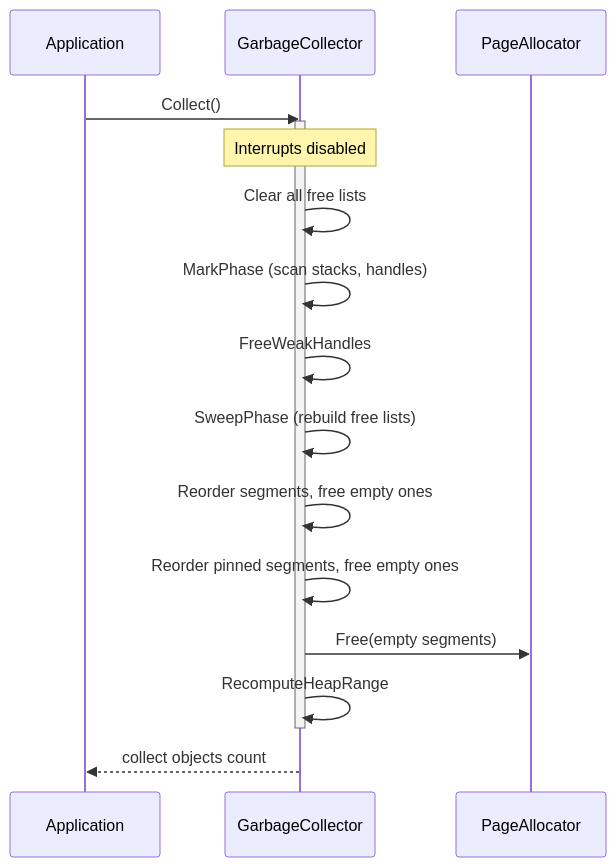
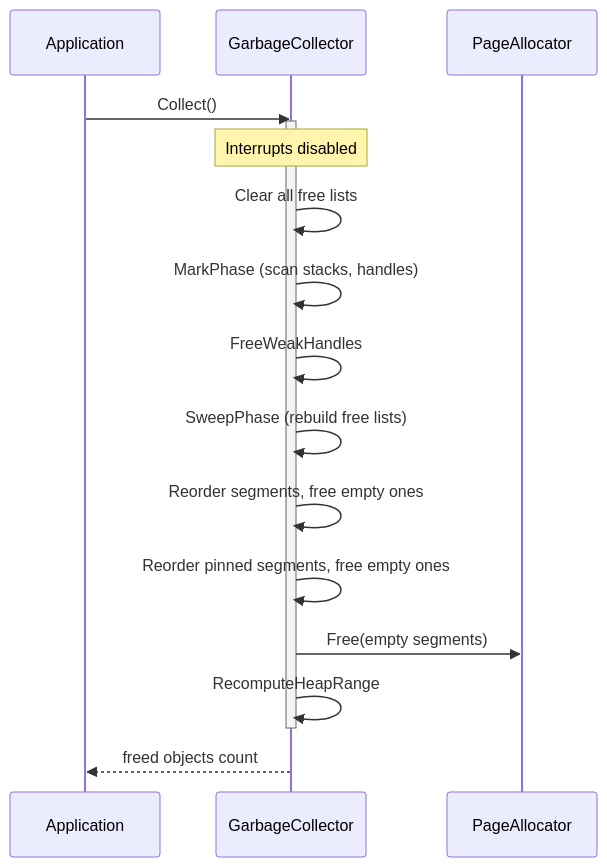
Before and after one commit to valentinbreiz/nativeaot-patcher: the second of 3 diagrams in docs/articles/garbage-collector.md, drawn with Mermaid.

Commit message:
📝 Update docs/articles/garbage-collector.md

````diff
--- a/docs/articles/garbage-collector.md
+++ b/docs/articles/garbage-collector.md
@@ -248,20 +248,20 @@
 ```mermaid
 sequenceDiagram
     participant App as Application
     participant GC as GarbageCollector
     participant PA as PageAllocator
 
     App->>GC: Collect()
     activate GC
     Note over GC: Interrupts disabled
     GC->>GC: Clear all free lists
     GC->>GC: MarkPhase (scan stacks, handles)
     GC->>GC: FreeWeakHandles
     GC->>GC: SweepPhase (rebuild free lists)
     GC->>GC: Reorder segments, free empty ones 
     GC->>GC: Reorder pinned segments, free empty ones 
     GC->>PA: Free(empty segments)
     GC->>GC: RecomputeHeapRange
     deactivate GC
-    GC-->>App: collect objects count
+    GC-->>App: freed objects count
 ```
````
